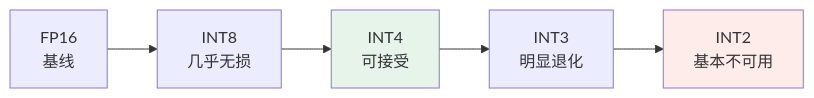
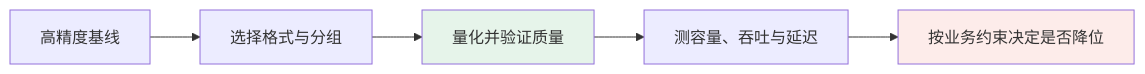
The first of 2 diagrams in docs/llm/03-inference-serving/15-quantization.md (oneleaveknowsthefall/awesome-ai-roadmap), drawn with Mermaid before and after one commit. The commit also changed other lines of this file and 45 other files, not shown here.

````diff
--- a/docs/llm/03-inference-serving/15-quantization.md
+++ b/docs/llm/03-inference-serving/15-quantization.md
@@ -73,7 +88,10 @@
 ```mermaid
 flowchart LR
-    A["FP16<br/>基线"] --> B["INT8<br/>几乎无损"] --> C["INT4<br/>可接受"] --> D["INT3<br/>明显退化"] --> E["INT2<br/>基本不可用"]
+    A["高精度基线"] --> B["选择格式与分组"]
+    B --> C["量化并验证质量"]
+    C --> D["测容量、吞吐与延迟"]
+    D --> E["按业务约束决定是否降位"]
 
     style C fill:#e6f4ea
     style E fill:#fdecea
 ```
````
